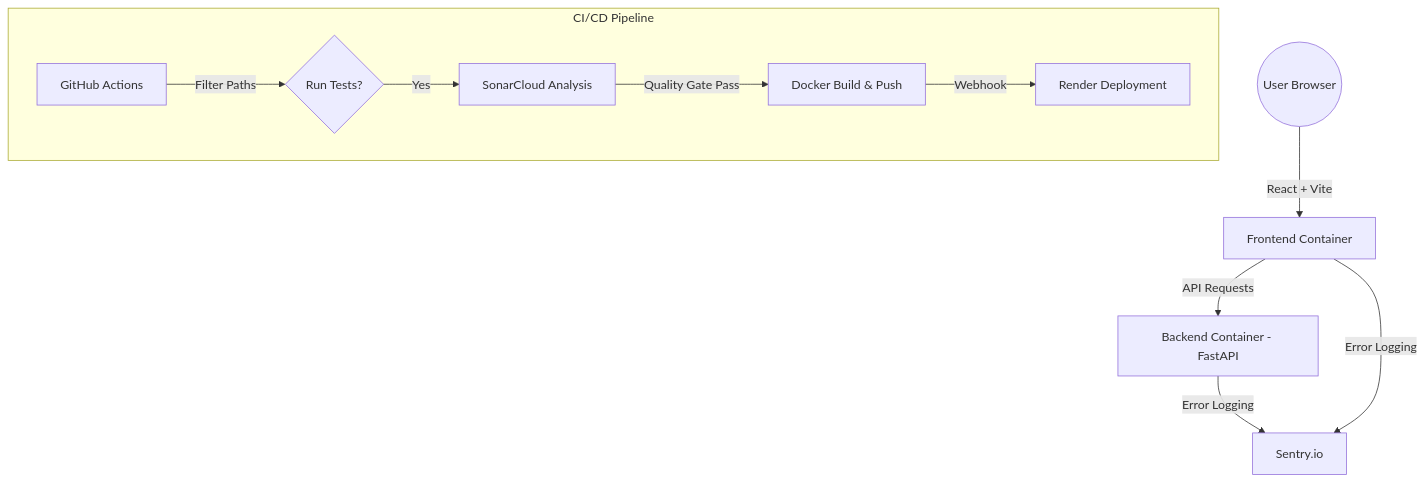
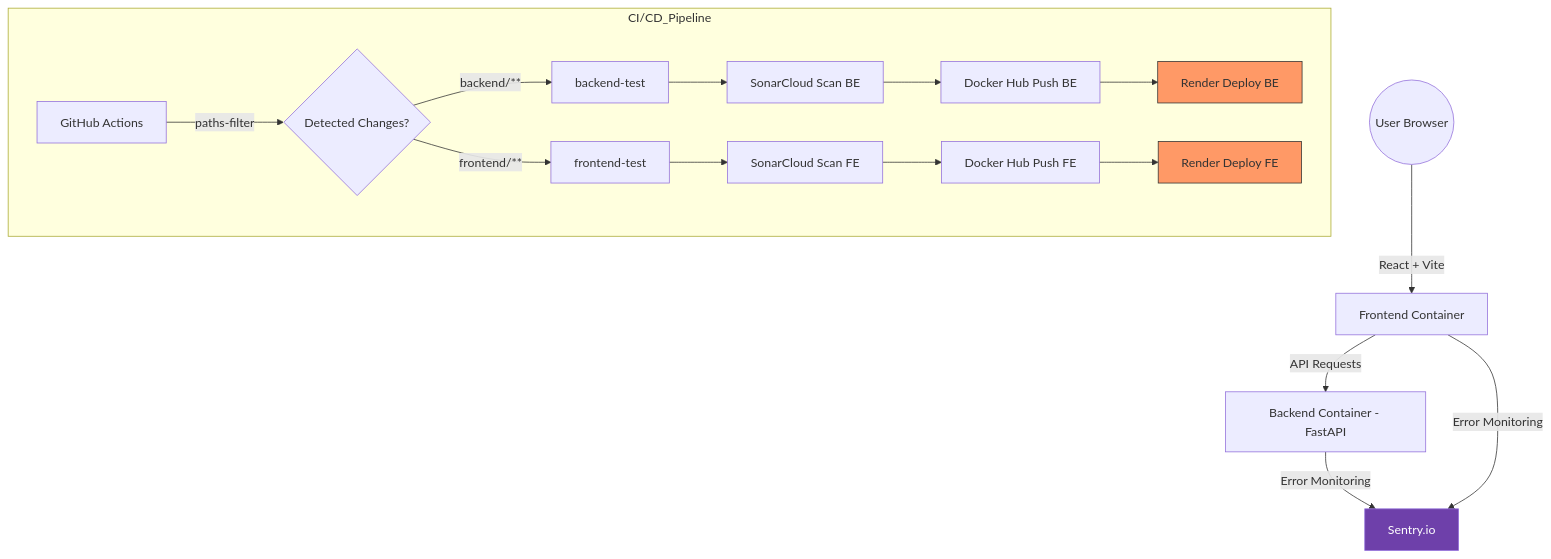
The diagram in README.md (Zhuravka-AI/devops-playground), drawn with Mermaid before and after one commit.

Commit message:
update mermaid scheme

````diff
--- a/README.md
+++ b/README.md
@@ -26,14 +26,28 @@
 ```mermaid
 graph TD
-    User((User Browser)) -->|React + Vite| FE[Frontend Container]
-    FE -->|API Requests| BE[Backend Container - FastAPI]
-    BE -->|Error Logging| Sentry[Sentry.io]
-    FE -->|Error Logging| Sentry
+    User((User Browser)) -->|React + Vite| FE_App[Frontend Container]
+    FE_App -->|API Requests| BE_App[Backend Container - FastAPI]
+    BE_App -->|Error Monitoring| Sentry[Sentry.io]
+    FE_App -->|Error Monitoring| Sentry
     
-    subgraph CI/CD Pipeline
-        GH[GitHub Actions] -->|Filter Paths| Tests{Run Tests?}
-        Tests -->|Yes| SC[SonarCloud Analysis]
-        SC -->|Quality Gate Pass| Build[Docker Build & Push]
-        Build -->|Webhook| Render[Render Deployment]
+    subgraph CI/CD_Pipeline
+        GH[GitHub Actions] -->|paths-filter| Filter{Detected Changes?}
+        
+        %% Backend Branch
+        Filter -->|backend/**| BE_Test[backend-test]
+        BE_Test --> BE_Sonar[SonarCloud Scan BE]
+        BE_Sonar --> BE_Push[Docker Hub Push BE]
+        BE_Push --> BE_Render[Render Deploy BE]
+        
+        %% Frontend Branch
+        Filter -->|frontend/**| FE_Test[frontend-test]
+        FE_Test --> FE_Sonar[SonarCloud Scan FE]
+        FE_Sonar --> FE_Push[Docker Hub Push FE]
+        FE_Push --> FE_Render[Render Deploy FE]
     end
+
+    %% Visual styling
+    style BE_Render fill:#f96,stroke:#333
+    style FE_Render fill:#f96,stroke:#333
+    style Sentry fill:#6e40aa,color:#fff
 ```
````
